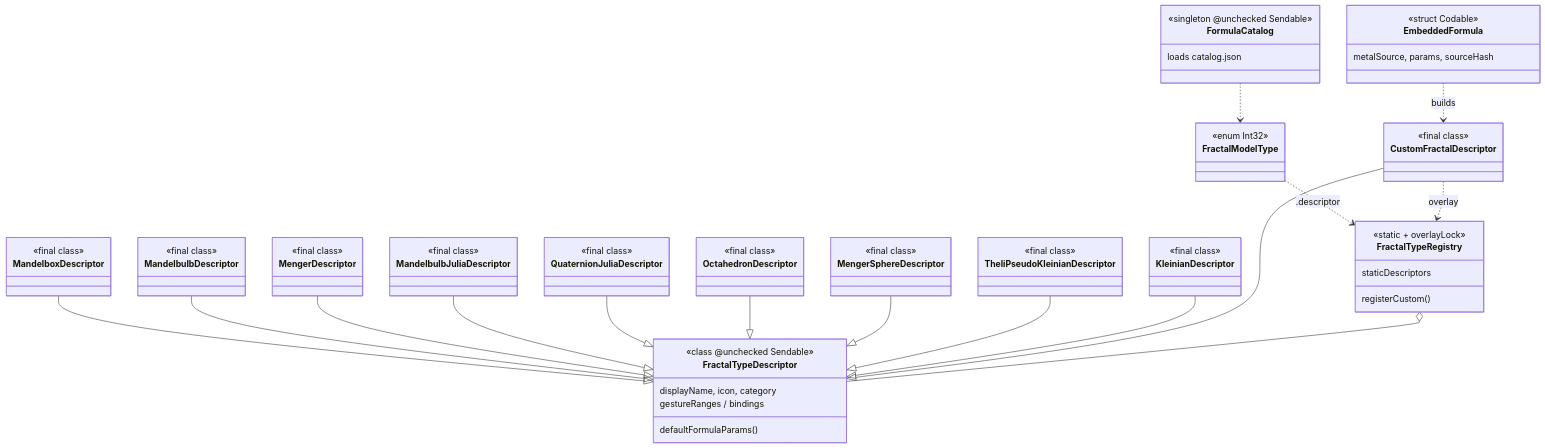
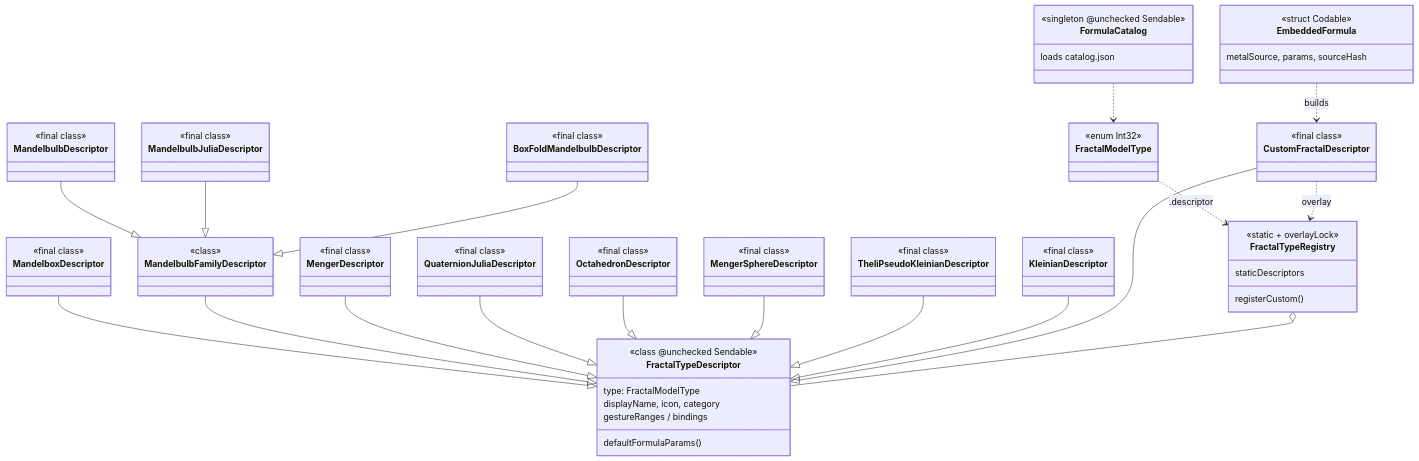
The seventh of 9 diagrams in Context/ARCHITECTURE_UML.md (Halopend/MetalRaymarch-main), drawn with Mermaid before and after one commit. The commit also changed other lines of this file and 72 other files, not shown here.

````diff
--- a/Context/ARCHITECTURE_UML.md
+++ b/Context/ARCHITECTURE_UML.md
@@ -280,53 +281,58 @@
 ```mermaid
 classDiagram
     direction TB
 
     class FractalTypeDescriptor {
         <<class @unchecked Sendable>>
+        type: FractalModelType
         displayName, icon, category
         defaultFormulaParams()
         gestureRanges / bindings
     }
     class FractalModelType { <<enum Int32>> }
     class FractalTypeRegistry {
         <<static + overlayLock>>
         staticDescriptors
         registerCustom()
     }
     class FormulaCatalog {
         <<singleton @unchecked Sendable>>
         loads catalog.json
     }
     class EmbeddedFormula {
         <<struct Codable>>
         metalSource, params, sourceHash
     }
 
     class MandelboxDescriptor { <<final class>> }
+    class MandelbulbFamilyDescriptor { <<class>> }
     class MandelbulbDescriptor { <<final class>> }
     class MengerDescriptor { <<final class>> }
     class MandelbulbJuliaDescriptor { <<final class>> }
     class QuaternionJuliaDescriptor { <<final class>> }
     class OctahedronDescriptor { <<final class>> }
     class MengerSphereDescriptor { <<final class>> }
     class TheliPseudoKleinianDescriptor { <<final class>> }
     class KleinianDescriptor { <<final class>> }
+    class BoxFoldMandelbulbDescriptor { <<final class>> }
     class CustomFractalDescriptor { <<final class>> }
 
     MandelboxDescriptor --|> FractalTypeDescriptor
-    MandelbulbDescriptor --|> FractalTypeDescriptor
+    MandelbulbFamilyDescriptor --|> FractalTypeDescriptor
+    MandelbulbDescriptor --|> MandelbulbFamilyDescriptor
     MengerDescriptor --|> FractalTypeDescriptor
-    MandelbulbJuliaDescriptor --|> FractalTypeDescriptor
+    MandelbulbJuliaDescriptor --|> MandelbulbFamilyDescriptor
     QuaternionJuliaDescriptor --|> FractalTypeDescriptor
     OctahedronDescriptor --|> FractalTypeDescriptor
     MengerSphereDescriptor --|> FractalTypeDescriptor
     TheliPseudoKleinianDescriptor --|> FractalTypeDescriptor
     KleinianDescriptor --|> FractalTypeDescriptor
+    BoxFoldMandelbulbDescriptor --|> MandelbulbFamilyDescriptor
     CustomFractalDescriptor --|> FractalTypeDescriptor
 
     FractalTypeRegistry o-- FractalTypeDescriptor
     FractalModelType ..> FractalTypeRegistry : .descriptor
     EmbeddedFormula ..> CustomFractalDescriptor : builds
     CustomFractalDescriptor ..> FractalTypeRegistry : overlay
     FormulaCatalog ..> FractalModelType
 ```
````
